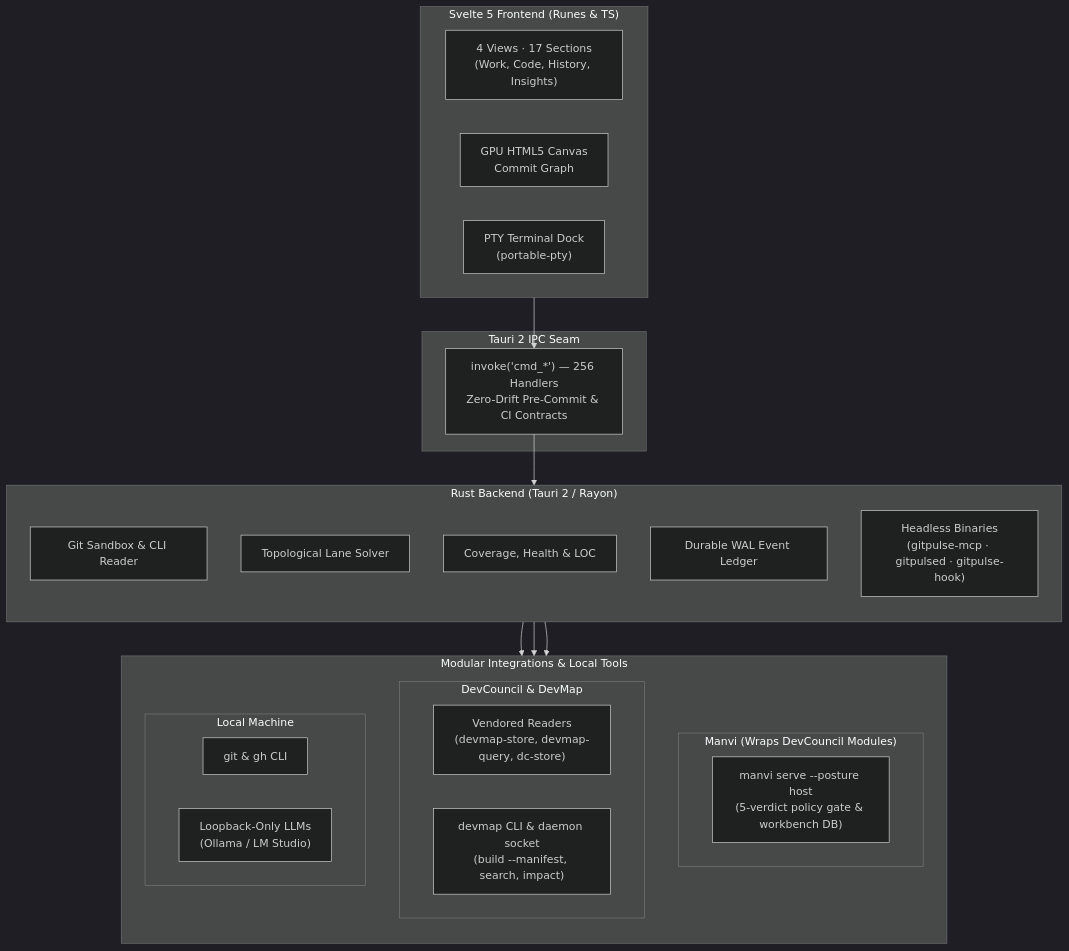
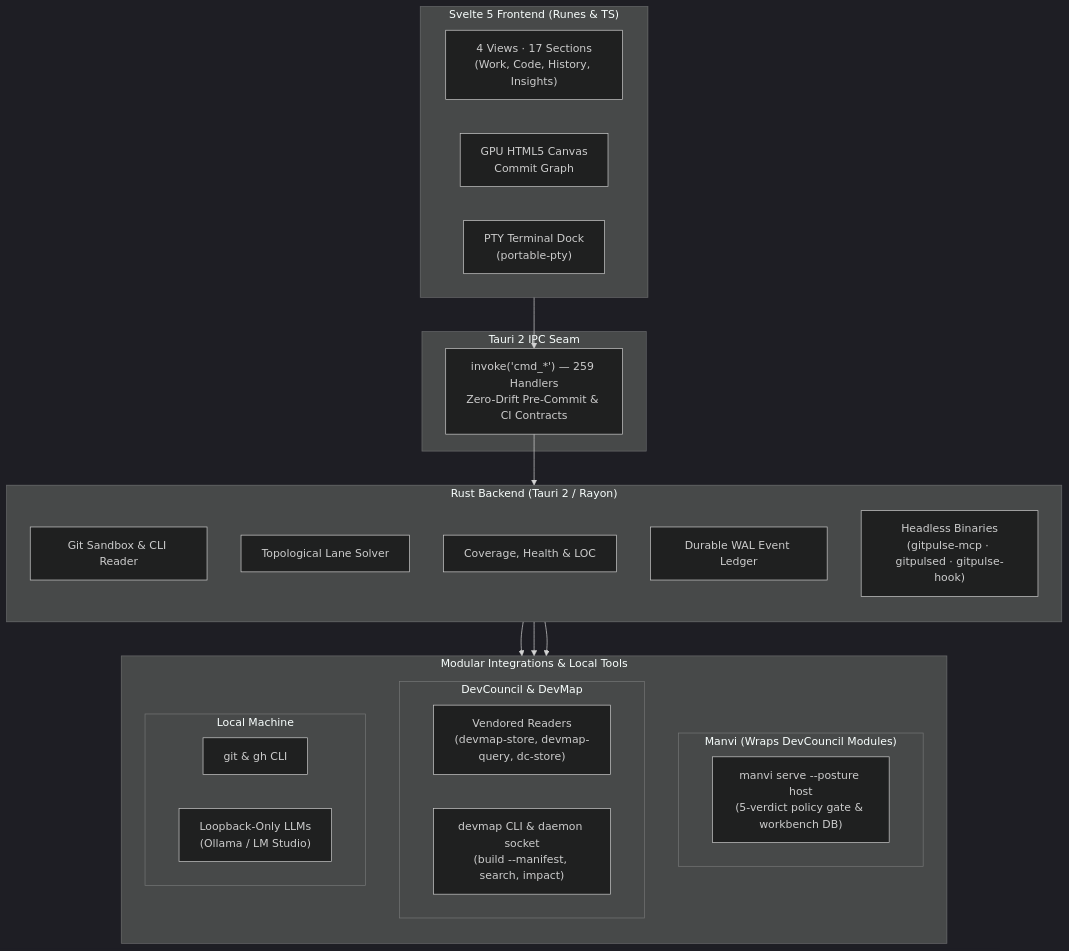
One commit to bharathvbcr/GitPulse changed the diagram in README.md. Above: the diagram before and after it, drawn with Mermaid (dark theme). The commit also changed 22 other files, not shown here.

````diff
--- a/README.md
+++ b/README.md
@@ -116,43 +116,43 @@
 ```mermaid
 flowchart TB
     subgraph Frontend["Svelte 5 Frontend (Runes & TS)"]
         direction LR
         Views["4 Views · 17 Sections<br/>(Work, Code, History, Insights)"]
         Canvas["GPU HTML5 Canvas<br/>Commit Graph"]
         TerminalDock["PTY Terminal Dock<br/>(portable-pty)"]
     end
 
     subgraph IPC["Tauri 2 IPC Seam"]
-        Bridge["invoke('cmd_*') — 256 Handlers<br/>Zero-Drift Pre-Commit & CI Contracts"]
+        Bridge["invoke('cmd_*') — 259 Handlers<br/>Zero-Drift Pre-Commit & CI Contracts"]
     end
 
     subgraph Backend["Rust Backend (Tauri 2 / Rayon)"]
         direction TB
         GitEngine["Git Sandbox & CLI Reader"]
         LaneSolver["Topological Lane Solver"]
         Analyzers["Coverage, Health & LOC"]
         Ledger["Durable WAL Event Ledger"]
         Headless["Headless Binaries<br/>(gitpulse-mcp · gitpulsed · gitpulse-hook)"]
     end
 
     subgraph Integrations["Modular Integrations & Local Tools"]
         direction TB
         subgraph ManviWrap["Manvi (Wraps DevCouncil Modules)"]
             ManviSidecar["manvi serve --posture host<br/>(5-verdict policy gate & workbench DB)"]
         end
         subgraph DevCouncilMods["DevCouncil & DevMap"]
             Vendored["Vendored Readers<br/>(devmap-store, devmap-query, dc-store)"]
             DevMapCLI["devmap CLI & daemon socket<br/>(build --manifest, search, impact)"]
         end
         subgraph LocalTools["Local Machine"]
             CLI["git & gh CLI"]
             LocalLLM["Loopback-Only LLMs<br/>(Ollama / LM Studio)"]
         end
     end
 
     Frontend --> Bridge
     Bridge --> Backend
     Backend --> ManviWrap
     Backend --> DevCouncilMods
     Backend --> LocalTools
 ```
````
